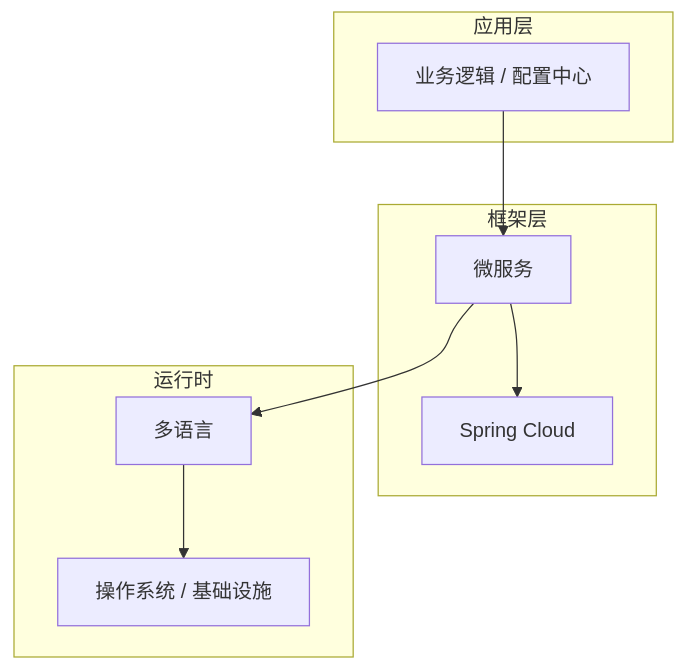
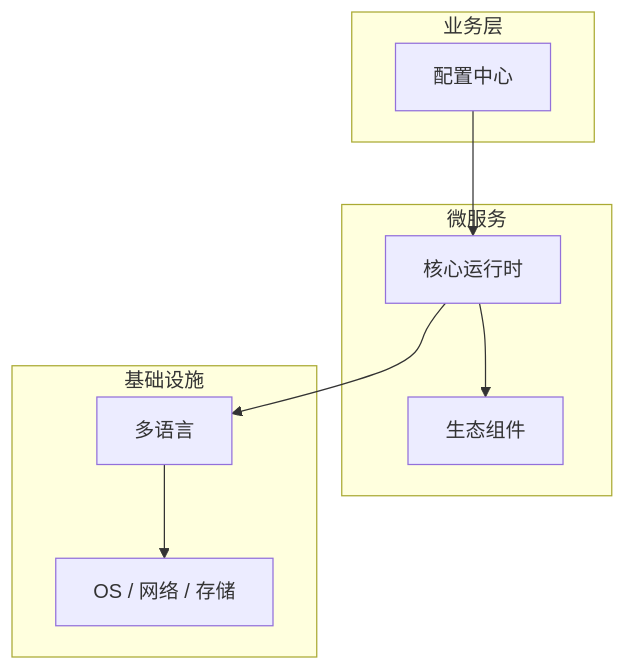
One commit to yanggan2015/knowledge-json-v2 changed the diagram in articles/微服务架构/chapters/037-配置中心核心概念与原理.md. Above: the diagram before and after it, drawn with Mermaid. The commit also changed other lines of this file and 10127 other files, not shown here.

````diff
--- a/articles/微服务架构/chapters/037-配置中心核心概念与原理.md
+++ b/articles/微服务架构/chapters/037-配置中心核心概念与原理.md
@@ -45,18 +34,18 @@
 ```mermaid
 graph TB
-    subgraph 应用层
-        A[业务逻辑 / 配置中心]
+    subgraph 业务层
+        A[配置中心]
     end
-    subgraph 框架层
-        B[微服务]
-        C[Spring Cloud]
+    subgraph 微服务
+        B[核心运行时]
+        C[生态组件]
     end
-    subgraph 运行时
+    subgraph 基础设施
         D[多语言]
-        E[操作系统 / 基础设施]
+        E[OS / 网络 / 存储]
     end
     A --> B
     B --> C
     B --> D
     D --> E
 ```
````
